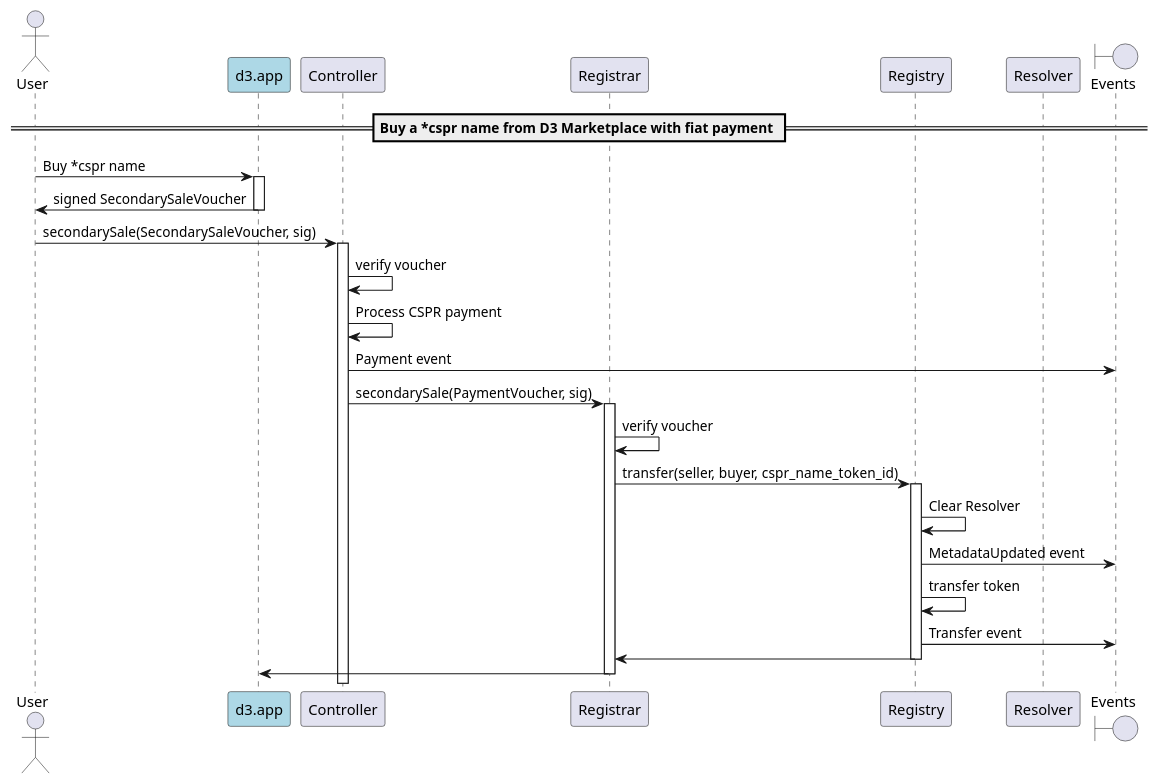
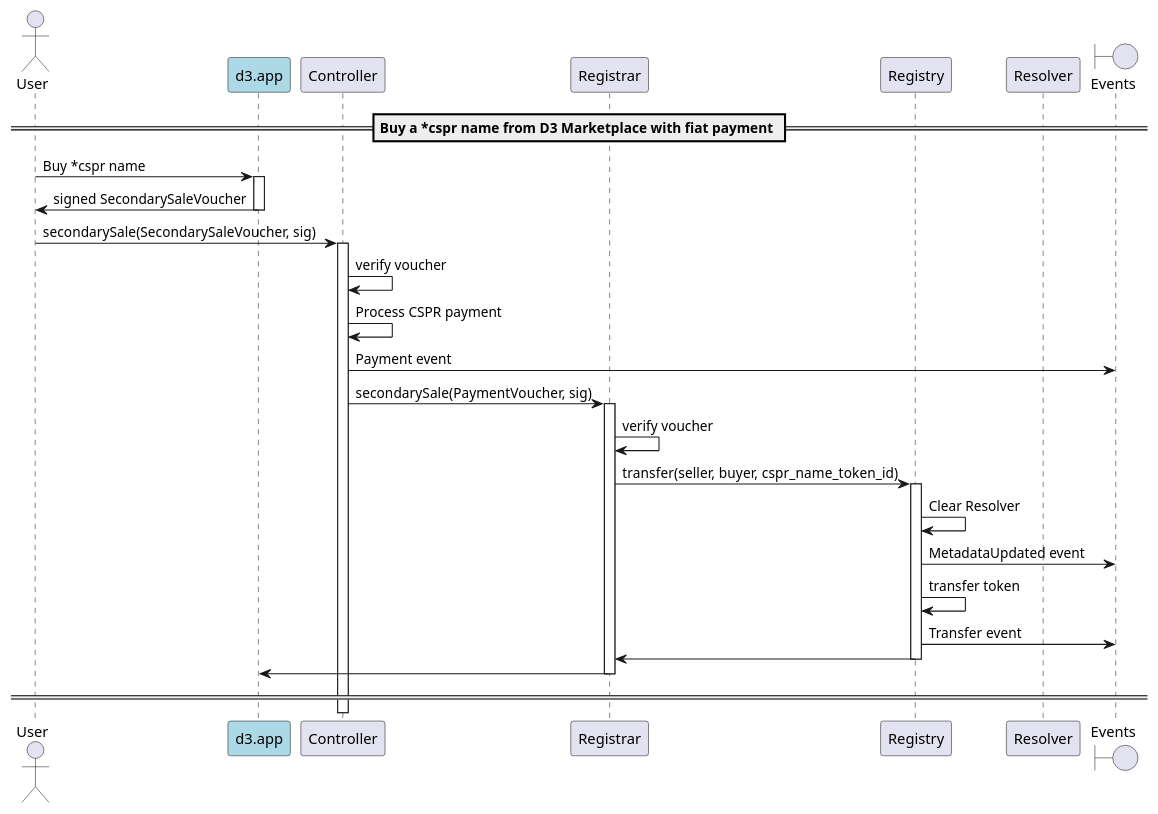
Before and after one commit to make-software/cspr-name-contracts: the diagram in docs/sequence-diagrams/puml/d3-marketplace-buy-cspr-token.puml, drawn with PlantUML. The commit also changed 1 other file, not shown here.

```diff
--- a/docs/sequence-diagrams/puml/d3-marketplace-buy-cspr-token.puml
+++ b/docs/sequence-diagrams/puml/d3-marketplace-buy-cspr-token.puml
@@ -1,41 +1,43 @@
 @startuml
 'https://plantuml.com/sequence-diagram
 
 'autonumber
 actor User
 participant "d3.app" as d3 #lightblue
 participant "Controller"
 participant "Registrar"
 participant "Registry"
 participant "Resolver"
 boundary "Events"
 
 == Buy a *cspr name from D3 Marketplace with fiat payment ==
 
 User -> d3: Buy *cspr name
 activate d3
 d3 -> User: signed SecondarySaleVoucher
 deactivate d3
 
 User -> Controller: secondarySale(SecondarySaleVoucher, sig)
 activate Controller
 Controller -> Controller: verify voucher
 Controller -> Controller: Process CSPR payment
 Controller -> "Events": Payment event
 Controller -> Registrar: secondarySale(PaymentVoucher, sig)
 
 activate Registrar
 Registrar -> Registrar: verify voucher
 Registrar -> Registry: transfer(seller, buyer, cspr_name_token_id)
 activate Registry
 Registry -> Registry: Clear Resolver
 Registry -> "Events": MetadataUpdated event
 Registry -> Registry: transfer token
 Registry -> "Events": Transfer event
 Registry -> Registrar
 deactivate Registry
 Registrar -> d3
 deactivate Registrar
 deactivate d3
 
+== ==
+
 @enduml
```
